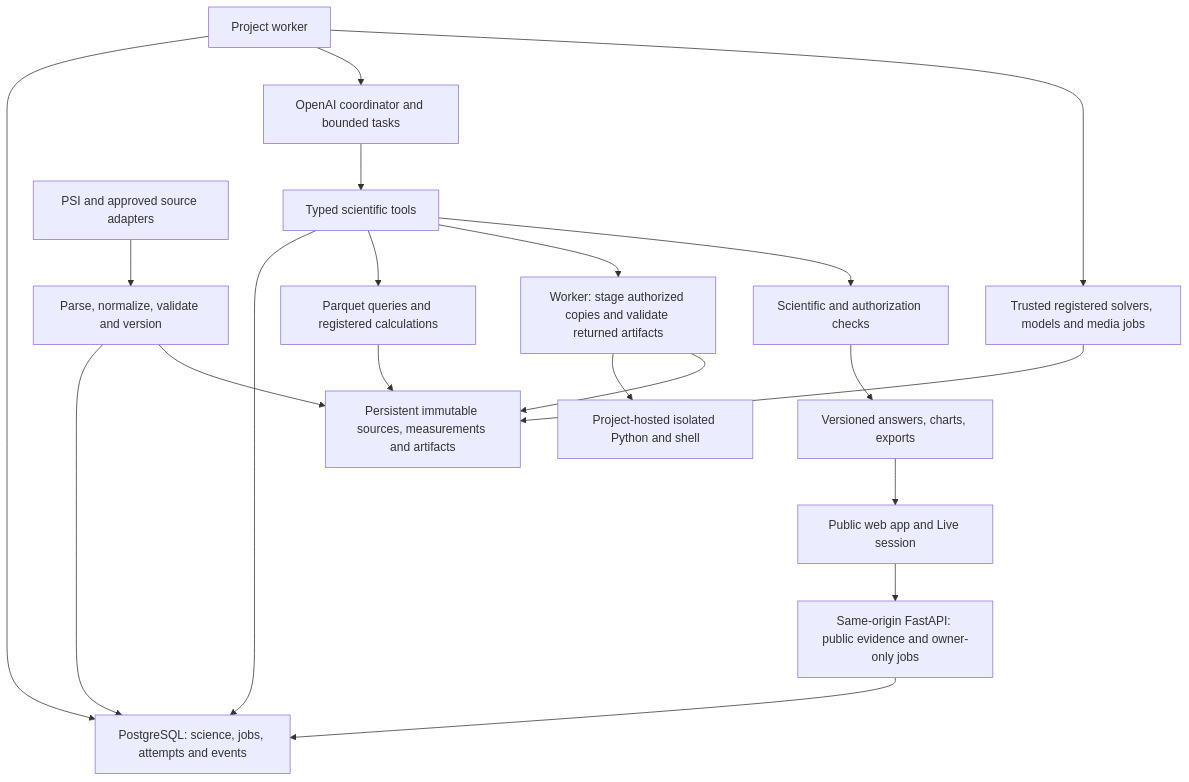
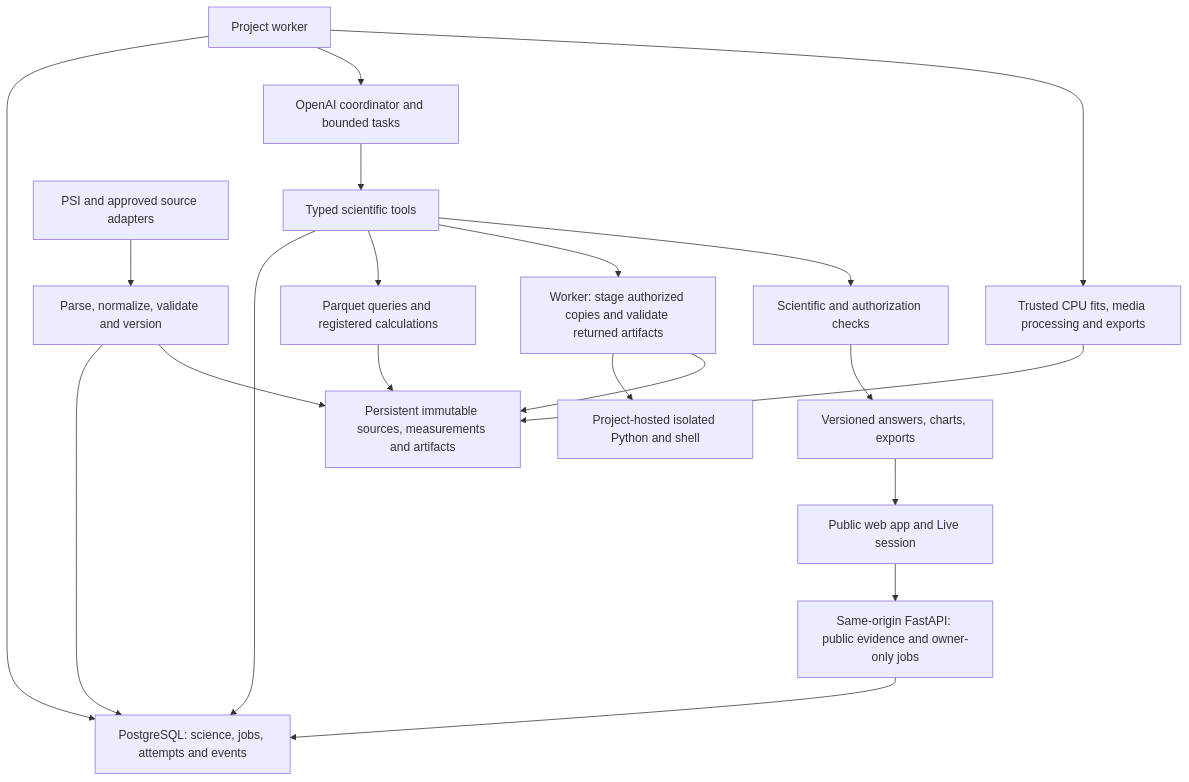
The diagram in MASTER_BRIEF.md (ScientificAJ/Strawhat-Pirates-2026), drawn with Mermaid before and after one commit. The commit also changed other lines of this file and 2 other files, not shown here.

Commit message:
Use free local execution and limit modeling to small CPU fits

````diff
--- a/MASTER_BRIEF.md
+++ b/MASTER_BRIEF.md
@@ -3196,22 +3165,22 @@
 ```mermaid
 flowchart TD
     W["Public web app and Live session"] --> A["Same-origin FastAPI: public evidence and owner-only jobs"]
     A --> P["PostgreSQL: science, jobs, attempts and events"]
     T["Project worker"] --> P
     T --> O["OpenAI coordinator and bounded tasks"]
     O --> Q["Typed scientific tools"]
     Q --> P
     Q --> D["Parquet queries and registered calculations"]
     Q --> B["Worker: stage authorized copies and validate returned artifacts"]
     D --> S["Persistent immutable sources, measurements and artifacts"]
     B --> X["Project-hosted isolated Python and shell"]
     B --> S
-    T --> H["Trusted registered solvers, models and media jobs"]
+    T --> H["Trusted CPU fits, media processing and exports"]
     H --> S
     Q --> V["Scientific and authorization checks"]
     V --> R["Versioned answers, charts, exports"]
     R --> W
     I["PSI and approved source adapters"] --> C["Parse, normalize, validate and version"]
     C --> P
     C --> S
 ```
````
